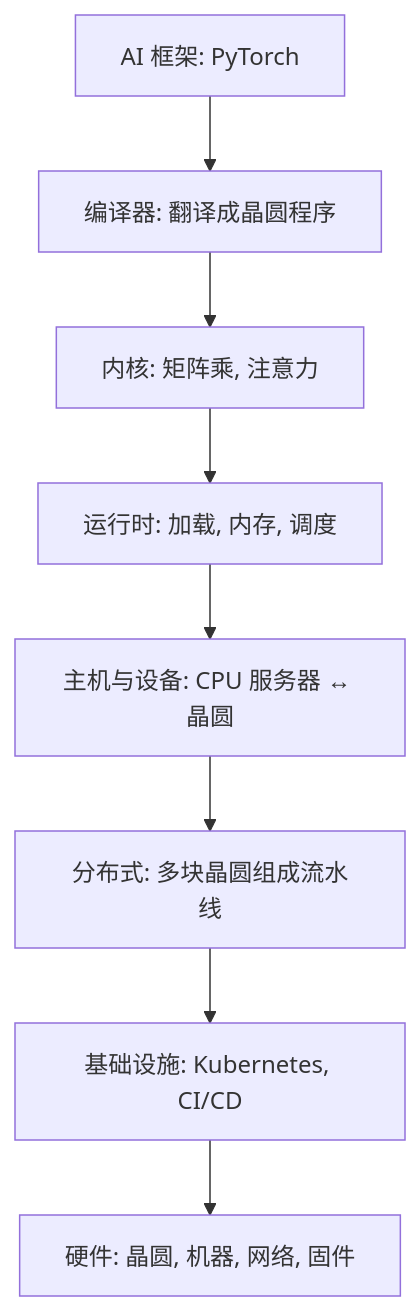
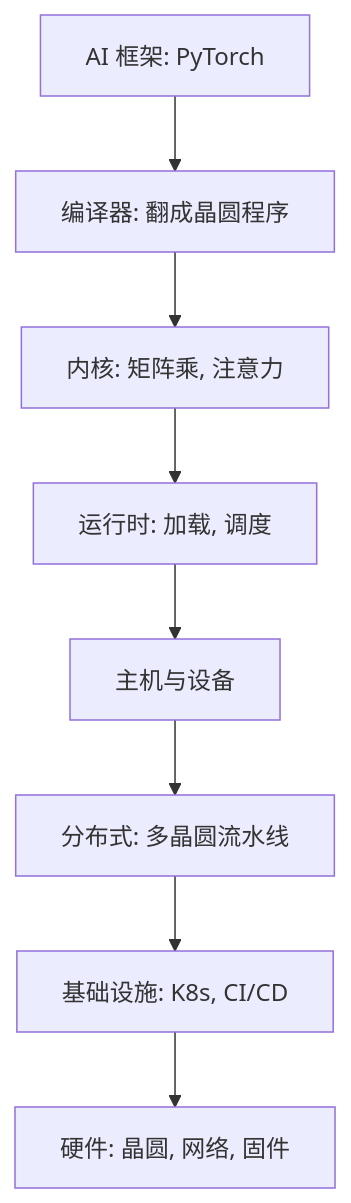
The diagram in vault/interviews/companies/cerebras/deck/cards/role/cbr-role-stack-layers.md (ChiChasesCheese/trellis), drawn with Mermaid before and after one commit. The commit also changed 27 other files, not shown here.

First line of the commit message:
Cerebras HM prep: phone-sized diagrams and two corrected facts in the 100 cards for the hiring-manager round

````diff
--- a/vault/interviews/companies/cerebras/deck/cards/role/cbr-role-stack-layers.md
+++ b/vault/interviews/companies/cerebras/deck/cards/role/cbr-role-stack-layers.md
@@ -22,10 +22,10 @@
 ```mermaid
 flowchart TD
-    F["AI 框架: PyTorch"] --> C["编译器: 翻译成晶圆程序"]
+    F["AI 框架: PyTorch"] --> C["编译器: 翻成晶圆程序"]
     C --> K["内核: 矩阵乘, 注意力"]
-    K --> R["运行时: 加载, 内存, 调度"]
-    R --> H["主机与设备: CPU 服务器 ↔ 晶圆"]
-    H --> D["分布式: 多块晶圆组成流水线"]
-    D --> I["基础设施: Kubernetes, CI/CD"]
-    I --> W["硬件: 晶圆, 机器, 网络, 固件"]
+    K --> R["运行时: 加载, 调度"]
+    R --> H["主机与设备"]
+    H --> D["分布式: 多晶圆流水线"]
+    D --> I["基础设施: K8s, CI/CD"]
+    I --> W["硬件: 晶圆, 网络, 固件"]
 ```
````
